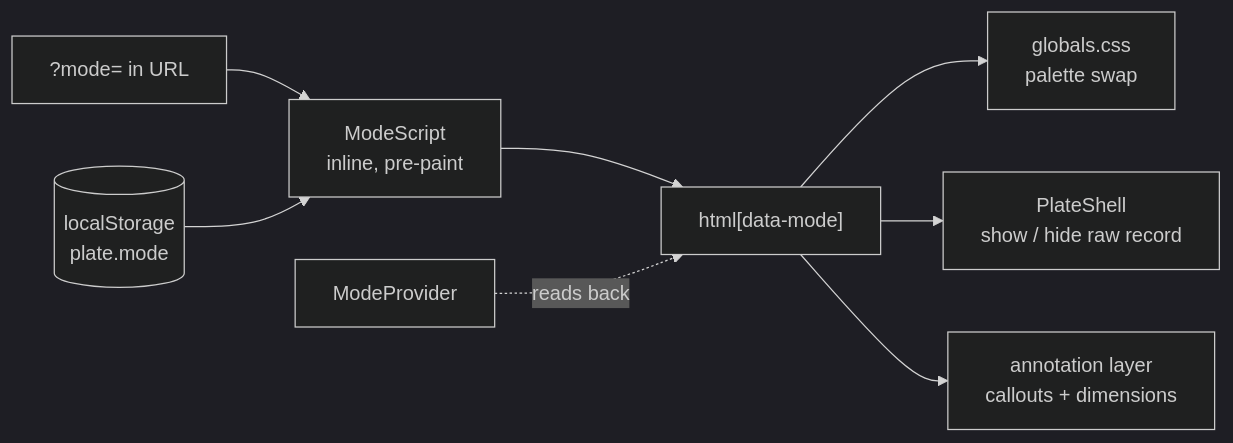
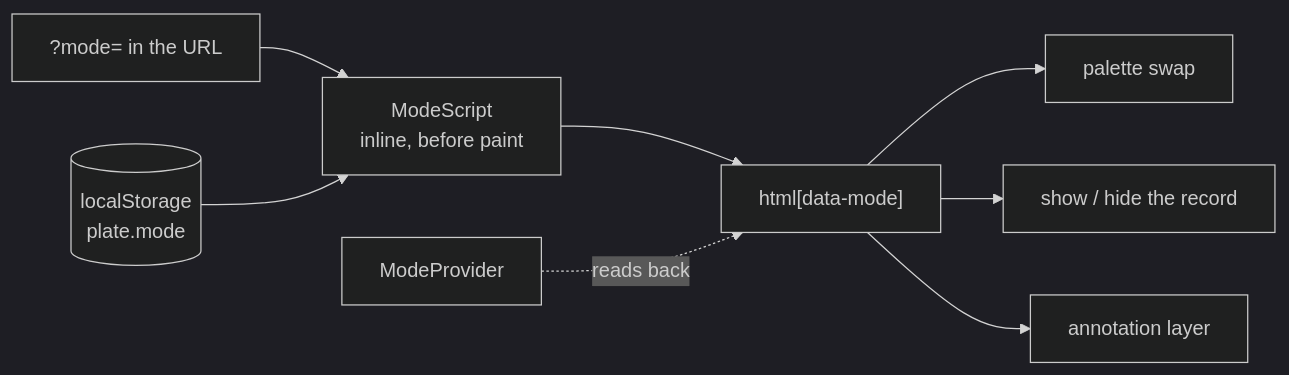
One commit to ax5hay/akshaybajpai.com changed the second of 6 diagrams in README.md. Above: the diagram before and after it, drawn with Mermaid (dark theme). The commit also changed other lines of this file and 25 other files, not shown here.

````diff
--- a/README.md
+++ b/README.md
@@ -292,10 +326,10 @@
 ```mermaid
 flowchart LR
-  QUERY["?mode= in URL"] --> SCRIPT
-  STORE[("localStorage<br/>plate.mode")] --> SCRIPT["ModeScript<br/>inline, pre-paint"]
+  QUERY["?mode= in the URL"] --> SCRIPT
+  STORE[("localStorage<br/>plate.mode")] --> SCRIPT["ModeScript<br/>inline, before paint"]
   SCRIPT --> HTML["html[data-mode]"]
-  HTML --> CSS["globals.css<br/>palette swap"]
-  HTML --> SHOW["PlateShell<br/>show / hide raw record"]
-  HTML --> PEN["annotation layer<br/>callouts + dimensions"]
+  HTML --> CSS["palette swap"]
+  HTML --> SHOW["show / hide the record"]
+  HTML --> PEN["annotation layer"]
   PROVIDER["ModeProvider"] -. reads back .-> HTML
 ```
````
